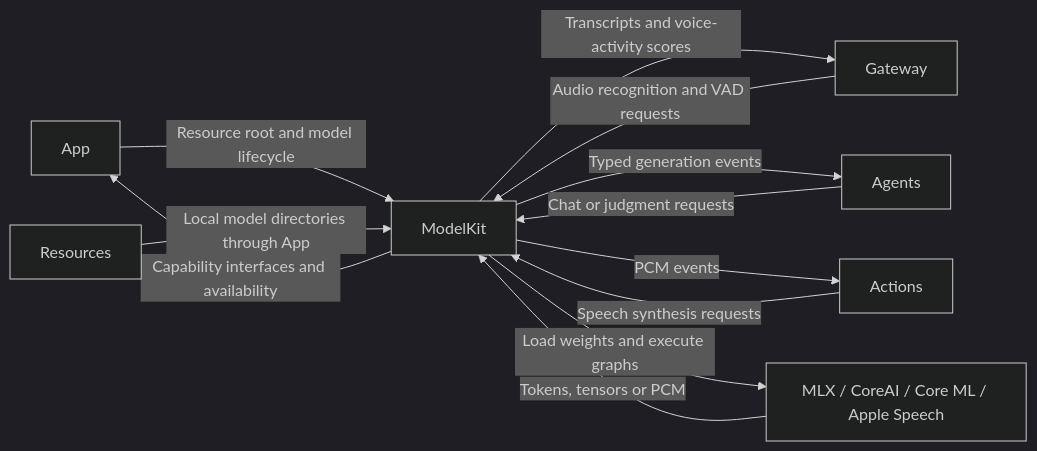
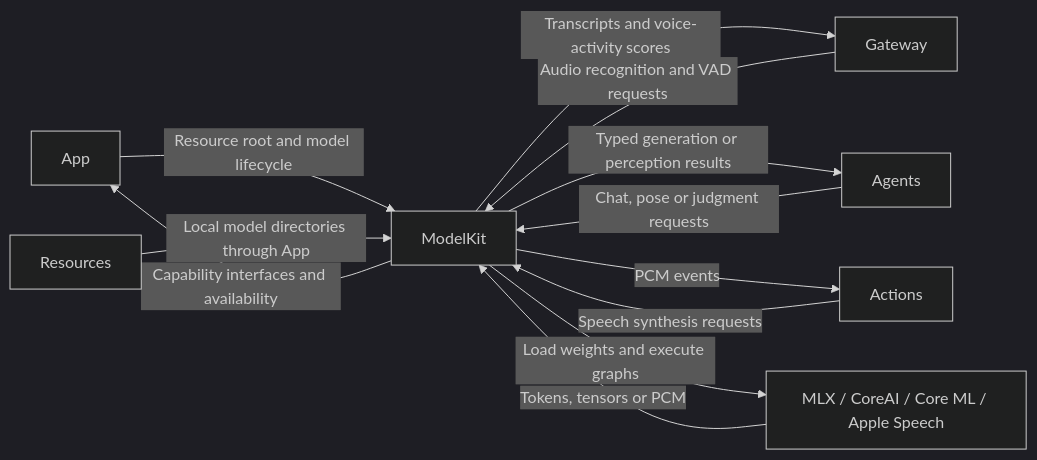
The first of 3 diagrams in MobileHarness/ModelKit/README.md (devilyouwei/MobileHarness), drawn with Mermaid (dark theme) before and after one commit. The commit also changed other lines of this file and 76 other files, not shown here.

````diff
--- a/MobileHarness/ModelKit/README.md
+++ b/MobileHarness/ModelKit/README.md
@@ -11,14 +11,14 @@
 ```mermaid
 flowchart LR
     App -->|Resource root and model lifecycle| ModelKit
     ModelKit -->|Capability interfaces and availability| App
     Gateway -->|Audio recognition and VAD requests| ModelKit
     ModelKit -->|Transcripts and voice-activity scores| Gateway
-    Agents -->|Chat or judgment requests| ModelKit
-    ModelKit -->|Typed generation events| Agents
+    Agents -->|Chat, pose or judgment requests| ModelKit
+    ModelKit -->|Typed generation or perception results| Agents
     Actions -->|Speech synthesis requests| ModelKit
     ModelKit -->|PCM events| Actions
     Resources -->|Local model directories through App| ModelKit
     ModelKit -->|Load weights and execute graphs| Engines[MLX / CoreAI / Core ML / Apple Speech]
     Engines -->|Tokens, tensors or PCM| ModelKit
 ```
````
